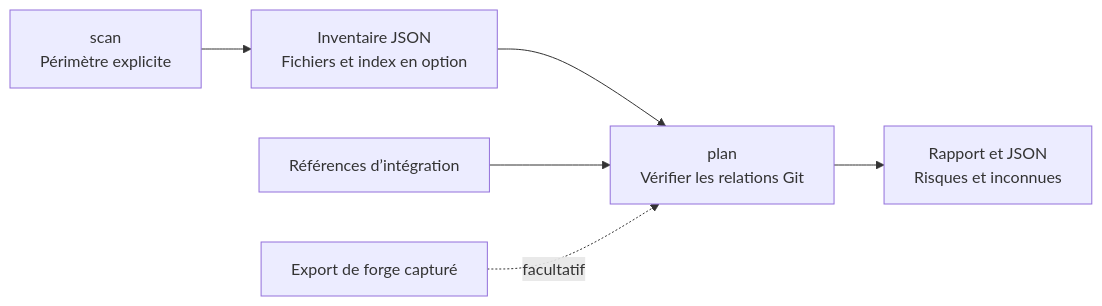
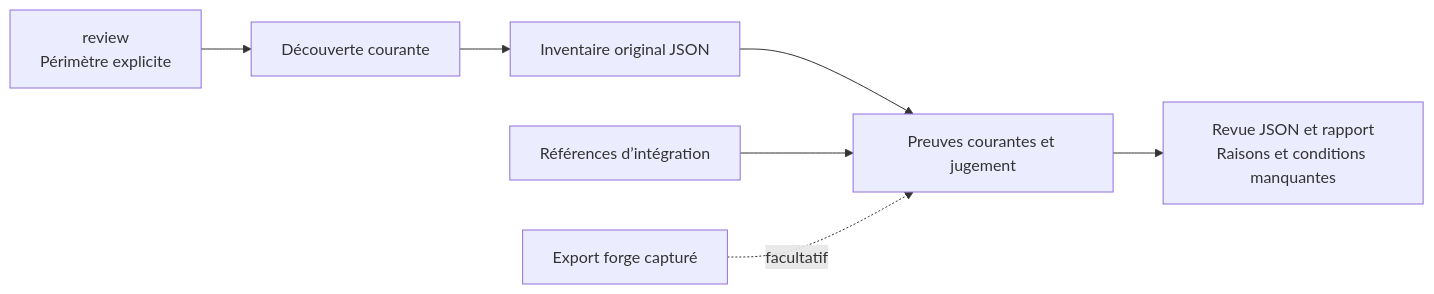
One commit to FlorianBruniaux/wt-sweep changed the first of 2 diagrams in README.fr.md. Above: the diagram before and after it, drawn with Mermaid. The commit also changed other lines of this file and 63 other files, not shown here.

````diff
--- a/README.fr.md
+++ b/README.fr.md
@@ -162,8 +168,9 @@
 ```mermaid
 flowchart LR
-    Scan["scan<br/>Périmètre explicite"] --> Inventory["Inventaire JSON<br/>Fichiers et index en option"]
-    Inventory --> Plan["plan<br/>Vérifier les relations Git"]
+    Review["review<br/>Périmètre explicite"] --> Scan["Découverte courante"]
+    Scan --> Inventory["Inventaire original JSON"]
+    Inventory --> Plan["Preuves courantes et jugement"]
     Targets["Références d’intégration"] --> Plan
-    Forge["Export de forge capturé"] -. facultatif .-> Plan
-    Plan --> Report["Rapport et JSON<br/>Risques et inconnues"]
+    Forge["Export forge capturé"] -. facultatif .-> Plan
+    Plan --> Report["Revue JSON et rapport<br/>Raisons et conditions manquantes"]
 ```
````
